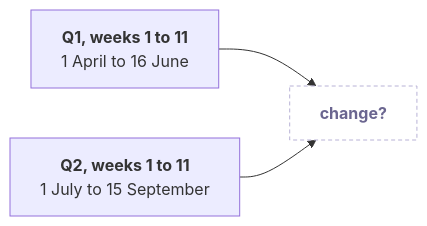
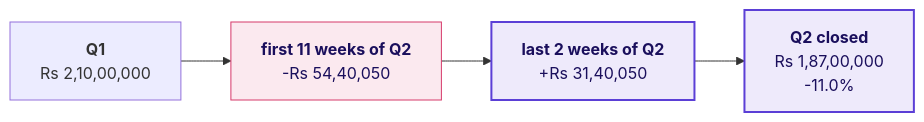
One commit to fde-academy-lab/c2-content-factory changed the eighth of 26 diagrams in content/W01/D2/slides/C2_W01_D02_half1_STUDENT.md. Above: the diagram before and after it, drawn with Mermaid. The commit also changed other lines of this file and 11 other files, not shown here.

````diff
--- a/content/W01/D2/slides/C2_W01_D02_half1_STUDENT.md
+++ b/content/W01/D2/slides/C2_W01_D02_half1_STUDENT.md
@@ -340,7 +323,10 @@
 ```mermaid
 flowchart LR
-    A["<b>Q1, weeks 1 to 11</b><br/>1 April to 16 June"] --> C["<b>change?</b>"]
-    B["<b>Q2, weeks 1 to 11</b><br/>1 July to 15 September"] --> C
-    classDef unknown fill:#FFFFFF,stroke:#B8B2D6,color:#6B6690,stroke-dasharray:4 3
-    class C unknown
+    A["<b>Q1</b><br/>Rs 2,10,00,000"] --> B["<b>first 11 weeks of Q2</b><br/>-Rs 54,40,050"]
+    B --> C["<b>last 2 weeks of Q2</b><br/>+Rs 31,40,050"]
+    C --> D["<b>Q2 closed</b><br/>Rs 1,87,00,000<br/>-11.0%"]
+    classDef bad fill:#FBE9EF,stroke:#D63A6A,color:#1A0F5C
+    classDef known fill:#EEEAFB,stroke:#5B3FD6,color:#1A0F5C,stroke-width:2px
+    class B bad
+    class C,D known
 ```
````
